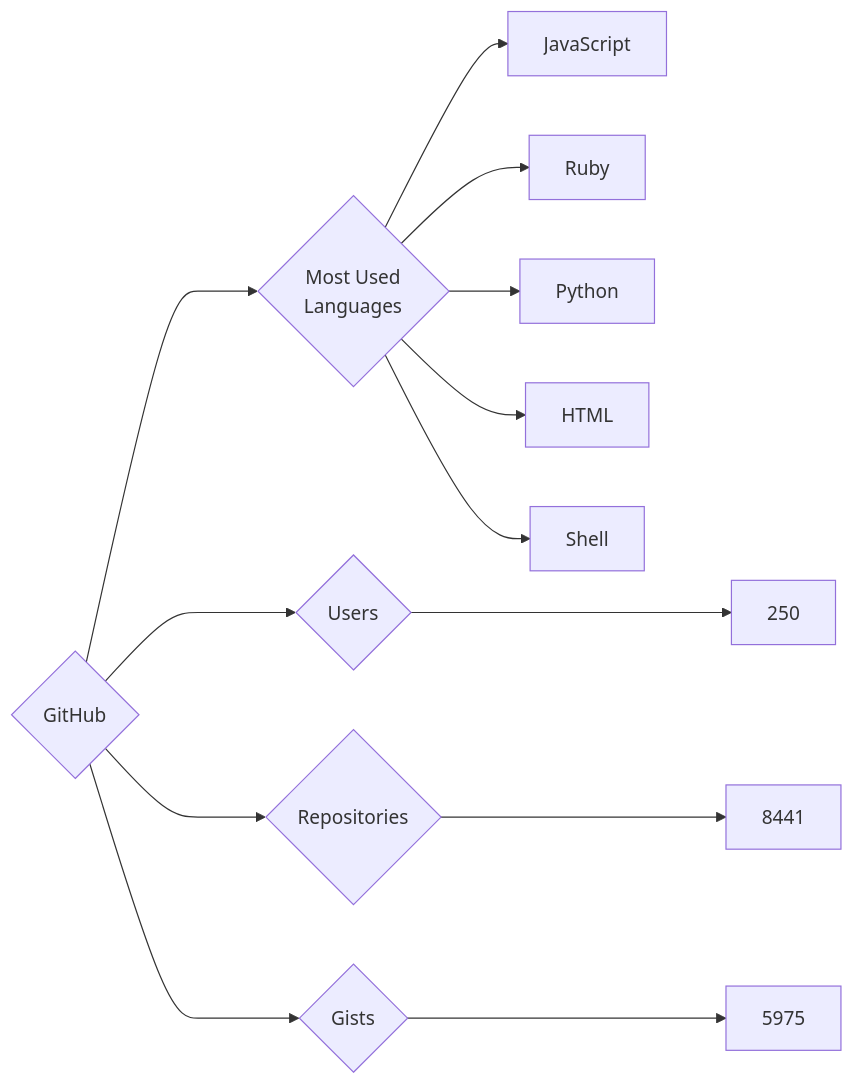
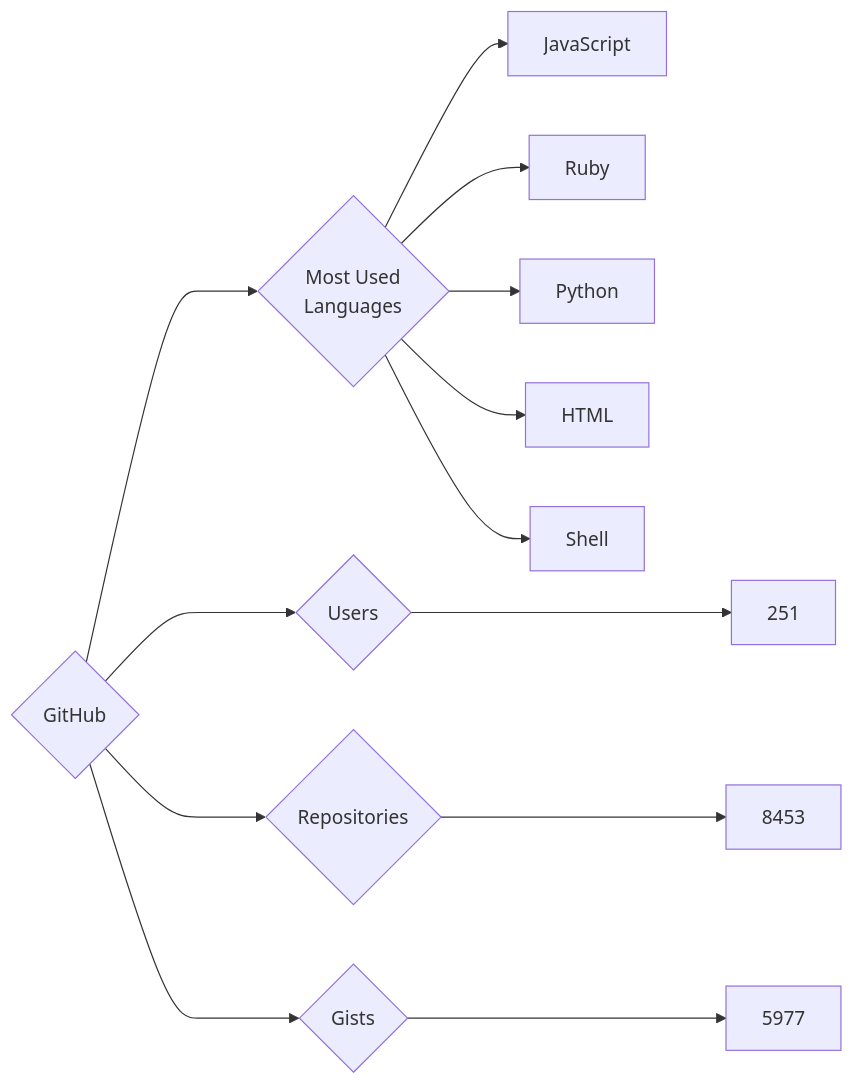
Before and after one commit to trickest/insiders: the diagram in targets/GitHub/README.md, drawn with Mermaid. The commit also changed 545 other files, not shown here.

````diff
--- a/targets/GitHub/README.md
+++ b/targets/GitHub/README.md
@@ -3,13 +3,13 @@
 ```mermaid
 graph LR
 COMPANY_NAME{GitHub}
-COMPANY_NAME ---> U{Users} ---> UN[250]
-COMPANY_NAME ---> R{Repositories} ---> RN[8441]
-COMPANY_NAME ---> G{Gists} ---> GN[5975]
+COMPANY_NAME ---> U{Users} ---> UN[251]
+COMPANY_NAME ---> R{Repositories} ---> RN[8453]
+COMPANY_NAME ---> G{Gists} ---> GN[5977]
 COMPANY_NAME ---> ML{Most Used<br>Languages}
 ML --> JavaScript[JavaScript]
 ML --> Ruby[Ruby]
 ML --> Python[Python]
 ML --> HTML[HTML]
 ML --> Shell[Shell]
 ```
````
